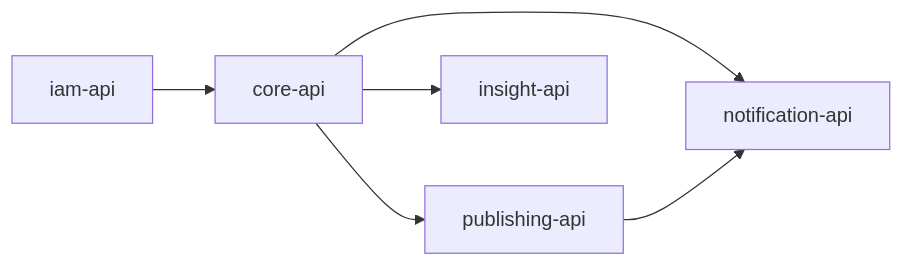
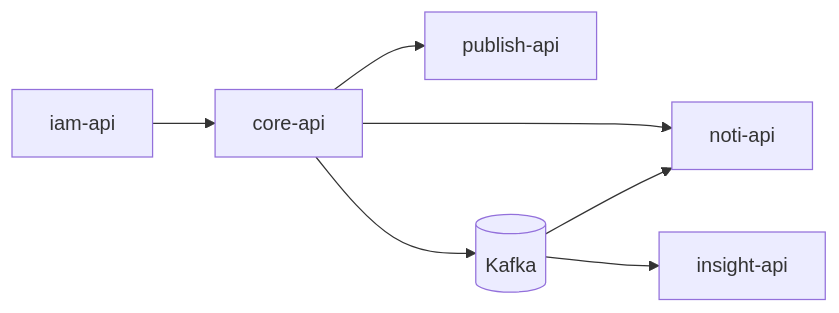
The second of 2 diagrams in README.md (studieo-javry/error-archive), drawn with Mermaid before and after one commit. The commit also changed other lines of this file, not shown here.

First line of the commit message:
docs: README를 실제 구현·인프라 기준으로 정정 + Roadmap 분리 (#92)

````diff
--- a/README.md
+++ b/README.md
@@ -221,8 +170,8 @@
 ```mermaid
 flowchart LR
   IAM[iam-api] --> CORE[core-api]
-  CORE --> PUB[publishing-api]
-  CORE --> NOTI[notification-api]
-  CORE --> INS[insight-api]
-  PUB --> NOTI
+  CORE --> PUB[publish-api]
+  CORE --> NOTI[noti-api]
+  CORE --> BUS[(Kafka)] --> NOTI
+  BUS --> INS[insight-api]
 ```
````
